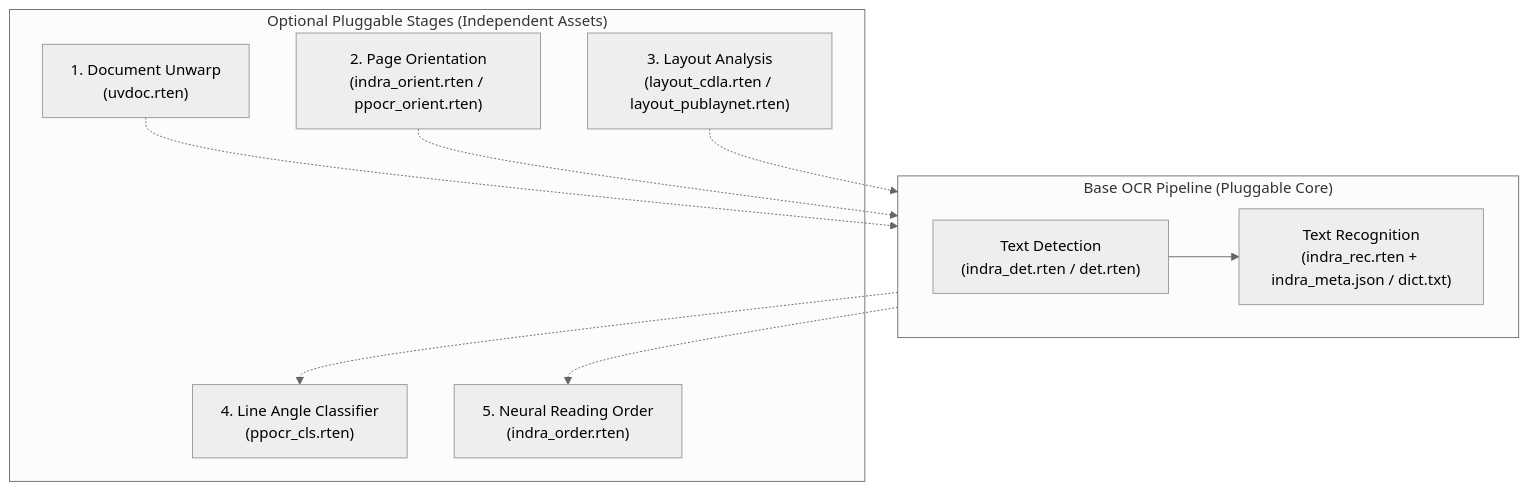
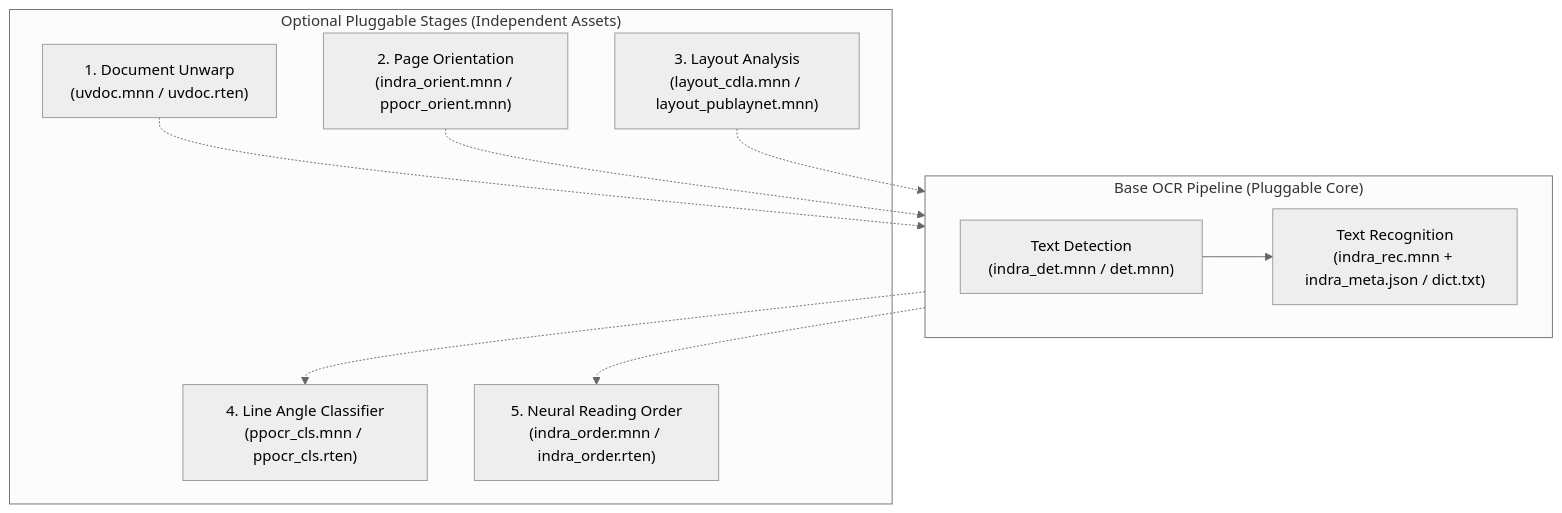
One commit to byrizki/rusto-rs changed the first of 2 diagrams in docs/content/en/03.advance-guide/01.models-and-tiers.md. Above: the diagram before and after it, drawn with Mermaid (neutral theme). The commit also changed other lines of this file and 63 other files, not shown here.

````diff
--- a/docs/content/en/03.advance-guide/01.models-and-tiers.md
+++ b/docs/content/en/03.advance-guide/01.models-and-tiers.md
@@ -41,20 +41,20 @@
 ```mermaid
 flowchart TD
     subgraph BASE["Base OCR Pipeline (Pluggable Core)"]
-        DET["Text Detection<br/>(indra_det.rten / det.rten)"] --> REC["Text Recognition<br/>(indra_rec.rten + indra_meta.json / dict.txt)"]
+        DET["Text Detection<br/>(indra_det.mnn / det.mnn)"] --> REC["Text Recognition<br/>(indra_rec.mnn + indra_meta.json / dict.txt)"]
     end
 
     subgraph EXTRAS["Optional Pluggable Stages (Independent Assets)"]
-        UNWARP["1. Document Unwarp<br/>(uvdoc.rten)"]
-        ORIENT["2. Page Orientation<br/>(indra_orient.rten / ppocr_orient.rten)"]
-        LAYOUT["3. Layout Analysis<br/>(layout_cdla.rten / layout_publaynet.rten)"]
-        CLS["4. Line Angle Classifier<br/>(ppocr_cls.rten)"]
-        ORDER["5. Neural Reading Order<br/>(indra_order.rten)"]
+        UNWARP["1. Document Unwarp<br/>(uvdoc.mnn / uvdoc.rten)"]
+        ORIENT["2. Page Orientation<br/>(indra_orient.mnn / ppocr_orient.mnn)"]
+        LAYOUT["3. Layout Analysis<br/>(layout_cdla.mnn / layout_publaynet.mnn)"]
+        CLS["4. Line Angle Classifier<br/>(ppocr_cls.mnn / ppocr_cls.rten)"]
+        ORDER["5. Neural Reading Order<br/>(indra_order.mnn / indra_order.rten)"]
     end
 
     UNWARP -.-> BASE
     ORIENT -.-> BASE
     LAYOUT -.-> BASE
     BASE -.-> CLS
     BASE -.-> ORDER
 ```
````
